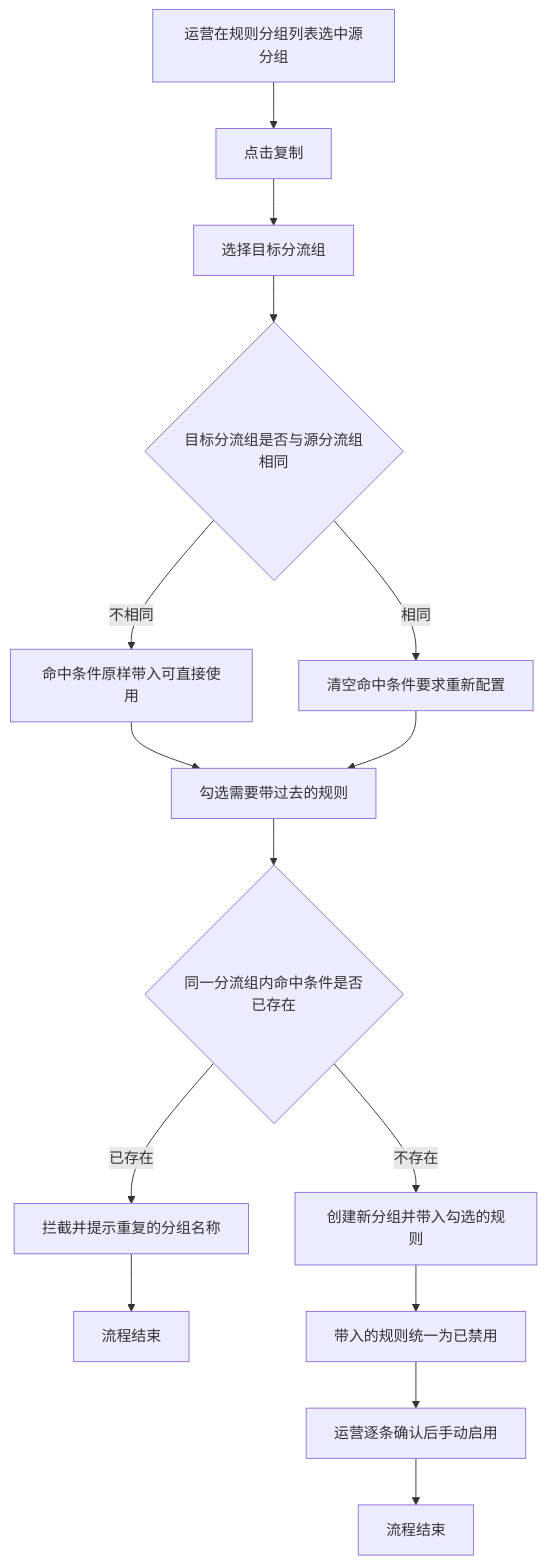
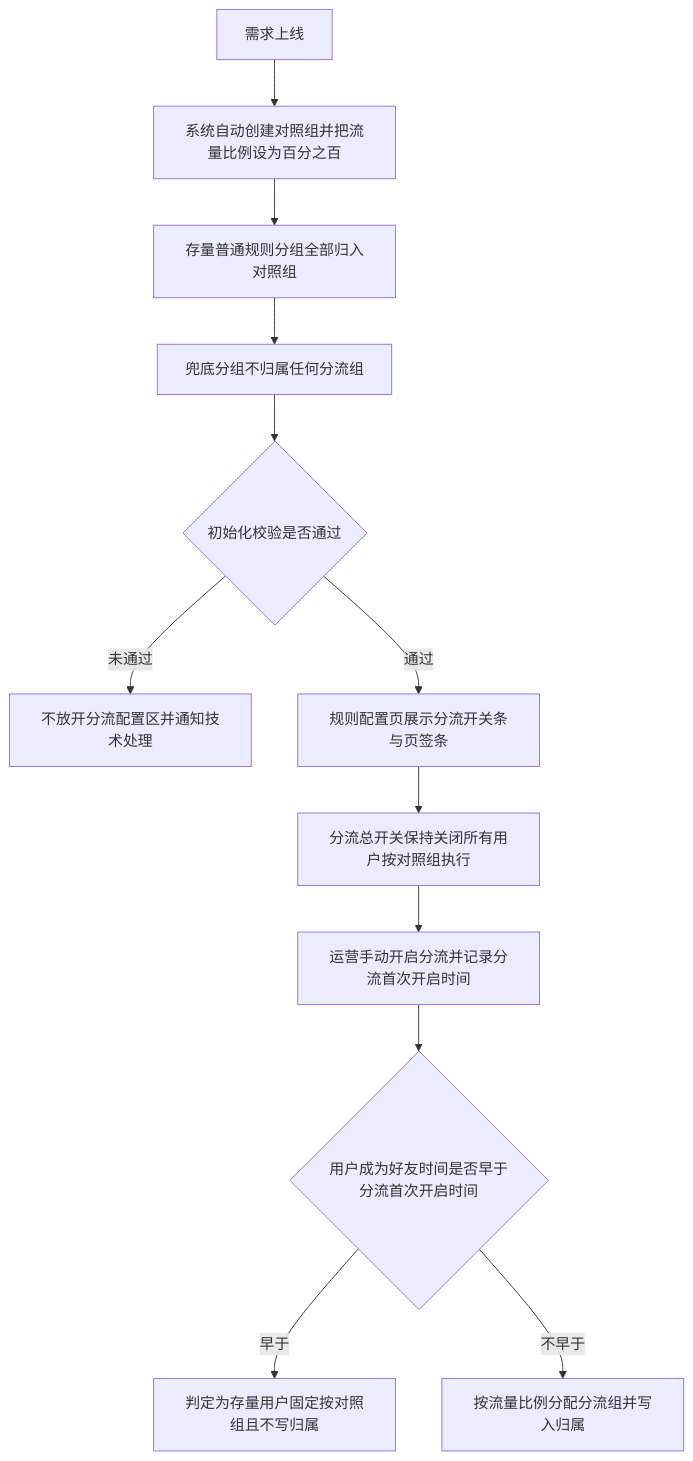
The third of 3 diagrams in 企微机器人用户分流配置/PRD-企微机器人用户分流配置.md (Leo-ai05/prototypes), drawn with Mermaid before and after one commit. The commit also changed other lines of this file and 11 other files, not shown here.

````diff
--- a/企微机器人用户分流配置/PRD-企微机器人用户分流配置.md
+++ b/企微机器人用户分流配置/PRD-企微机器人用户分流配置.md
@@ -100,17 +141,14 @@
 ```mermaid
 flowchart TD
-    A[运营在规则分组列表选中源分组] --> B[点击复制]
-    B --> C[选择目标分流组]
-    C --> D{目标分流组是否与源分流组相同}
-    D -->|不相同| E[命中条件原样带入可直接使用]
-    D -->|相同| F[清空命中条件要求重新配置]
-    E --> G[勾选需要带过去的规则]
-    F --> G
-    G --> H{同一分流组内命中条件是否已存在}
-    H -->|已存在| I[拦截并提示重复的分组名称]
-    H -->|不存在| J[创建新分组并带入勾选的规则]
-    I --> K1[流程结束]
-    J --> L[带入的规则统一为已禁用]
-    L --> M[运营逐条确认后手动启用]
-    M --> K2[流程结束]
+    A[需求上线] --> B[系统自动创建对照组并把流量比例设为百分之百]
+    B --> C[存量普通规则分组全部归入对照组]
+    C --> D[兜底分组不归属任何分流组]
+    D --> E{初始化校验是否通过}
+    E -->|未通过| F[不放开分流配置区并通知技术处理]
+    E -->|通过| G[规则配置页展示分流开关条与页签条]
+    G --> H[分流总开关保持关闭所有用户按对照组执行]
+    H --> I[运营手动开启分流并记录分流首次开启时间]
+    I --> J{用户成为好友时间是否早于分流首次开启时间}
+    J -->|早于| K[判定为存量用户固定按对照组且不写归属]
+    J -->|不早于| L[按流量比例分配分流组并写入归属]
 ```
````
